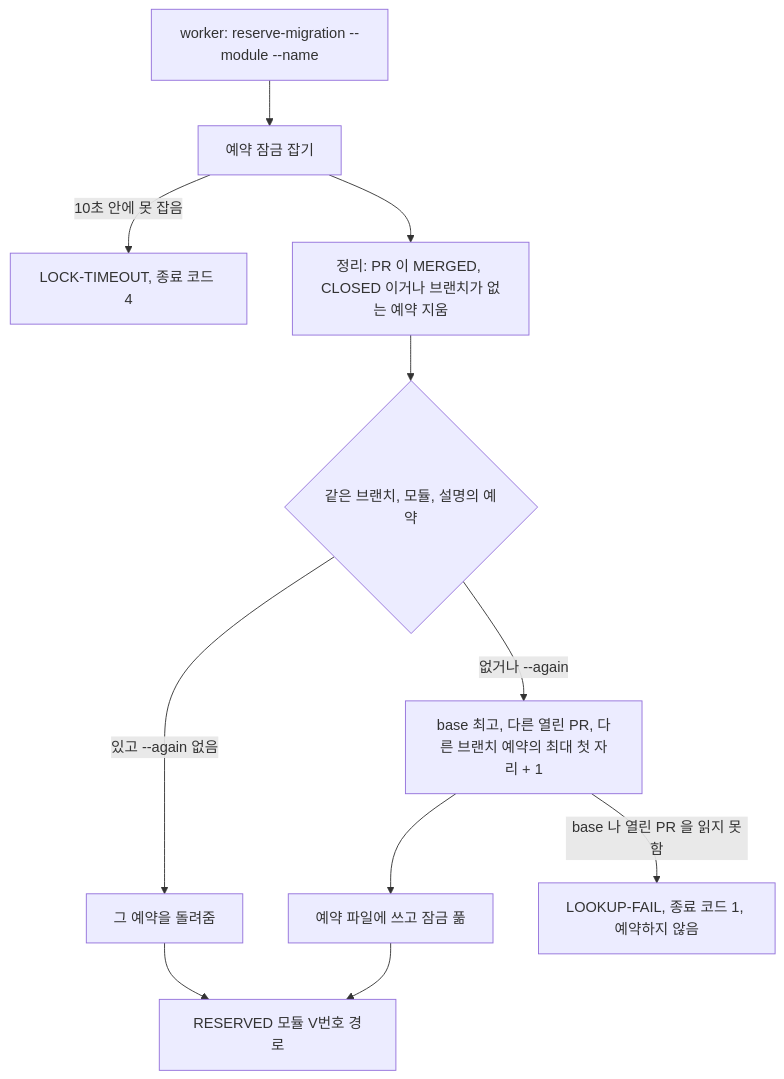
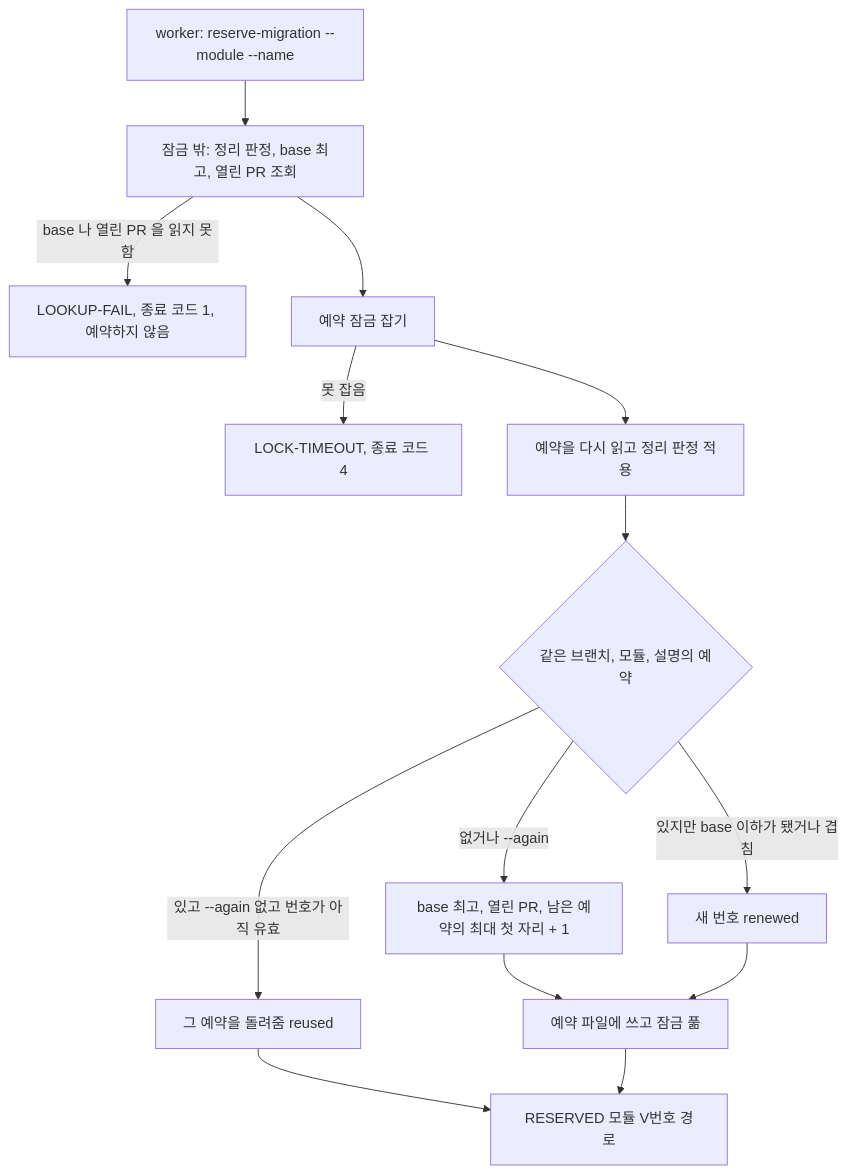
One commit to jon890/fos-skills changed the eighth of 8 diagrams in docs/flow.md. Above: the diagram before and after it, drawn with Mermaid. The commit also changed other lines of this file and 4 other files, not shown here.

````diff
--- a/docs/flow.md
+++ b/docs/flow.md
@@ -326,13 +326,16 @@
 ```mermaid
 flowchart TD
-    W[worker: reserve-migration --module --name] --> L[예약 잠금 잡기]
-    L -->|10초 안에 못 잡음| F[LOCK-TIMEOUT, 종료 코드 4]
-    L --> P[정리: PR 이 MERGED, CLOSED 이거나 브랜치가 없는 예약 지움]
+    W[worker: reserve-migration --module --name] --> Q[잠금 밖: 정리 판정, base 최고, 열린 PR 조회]
+    Q -->|base 나 열린 PR 을 읽지 못함| E[LOOKUP-FAIL, 종료 코드 1, 예약하지 않음]
+    Q --> L[예약 잠금 잡기]
+    L -->|못 잡음| F[LOCK-TIMEOUT, 종료 코드 4]
+    L --> P[예약을 다시 읽고 정리 판정 적용]
     P --> S{같은 브랜치, 모듈, 설명의 예약}
-    S -->|있고 --again 없음| R[그 예약을 돌려줌]
-    S -->|없거나 --again| N[base 최고, 다른 열린 PR, 다른 브랜치 예약의 최대 첫 자리 + 1]
+    S -->|있고 --again 없고 번호가 아직 유효| R[그 예약을 돌려줌 reused]
+    S -->|없거나 --again| N[base 최고, 열린 PR, 남은 예약의 최대 첫 자리 + 1]
+    S -->|있지만 base 이하가 됐거나 겹침| N2[새 번호 renewed]
     N --> WR[예약 파일에 쓰고 잠금 풂]
+    N2 --> WR
     R --> O[RESERVED 모듈 V번호 경로]
     WR --> O
-    N -->|base 나 열린 PR 을 읽지 못함| E[LOOKUP-FAIL, 종료 코드 1, 예약하지 않음]
 ```
````
